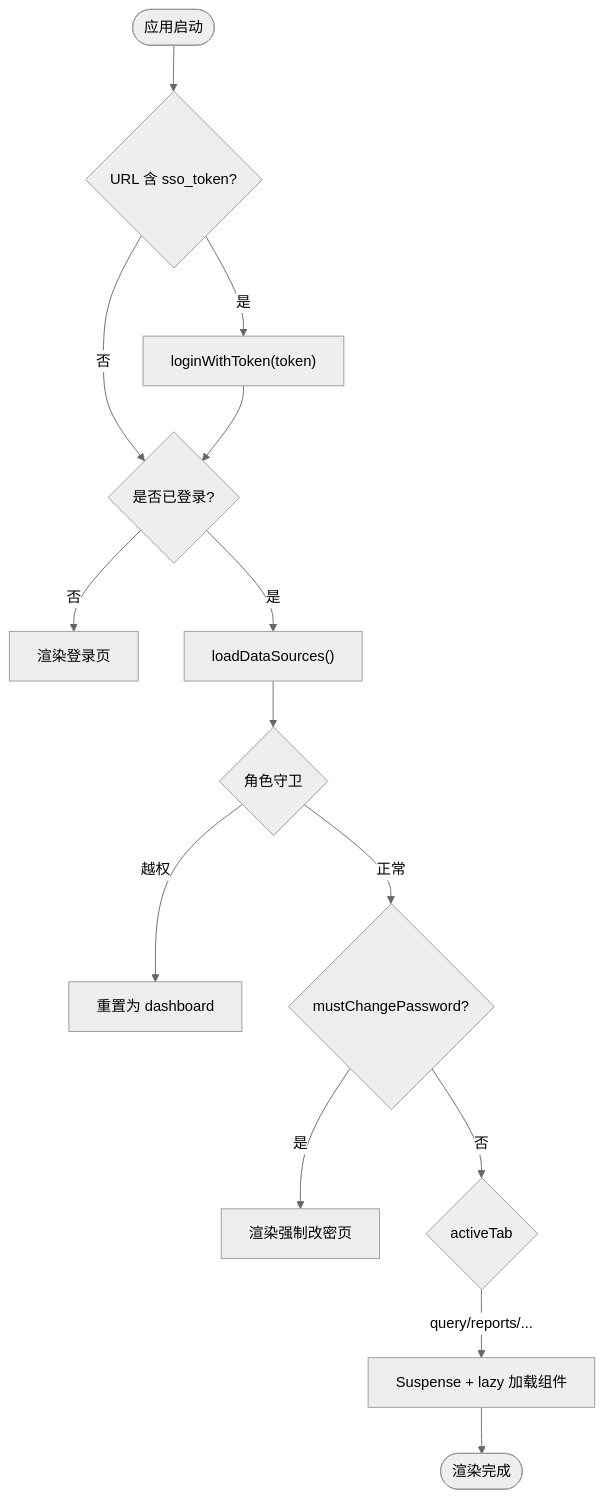
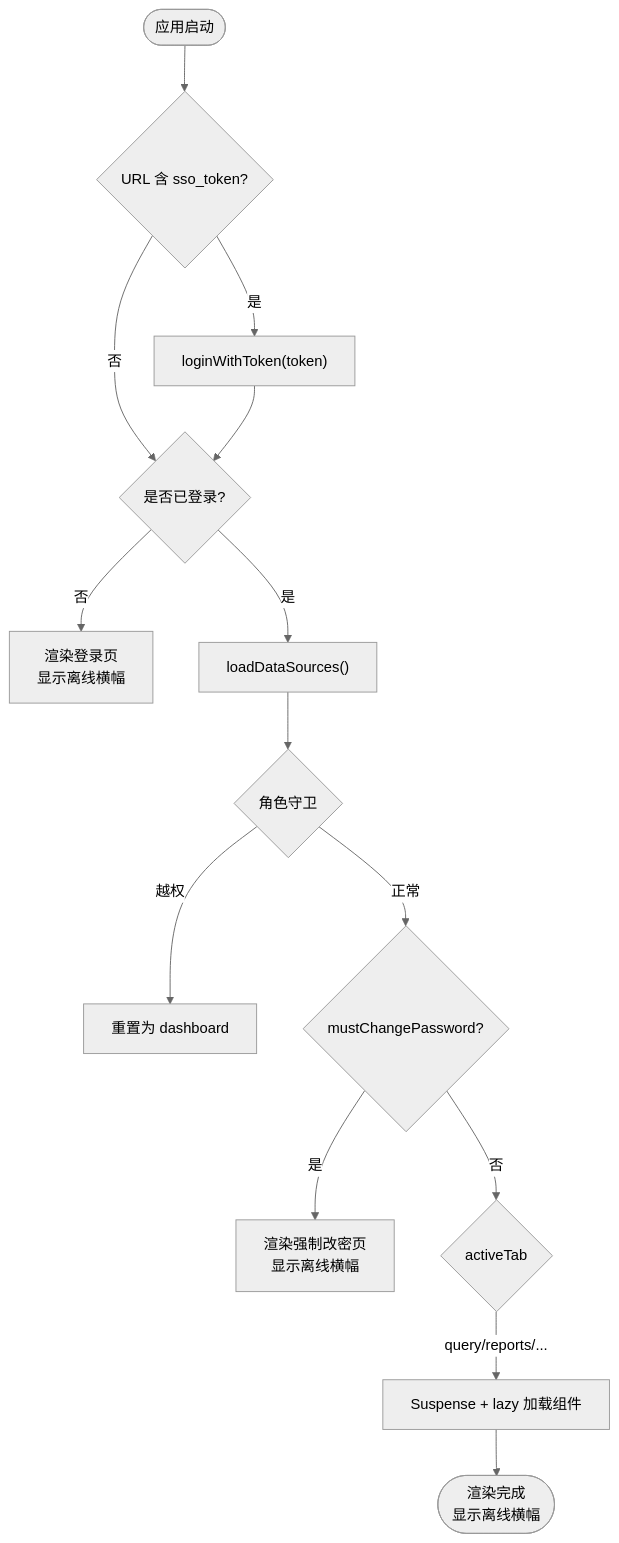
One commit to dgjin/smart-data-analytics changed the third of 15 diagrams in .qoder/repowiki/zh/content/前端应用/前端应用.md. Above: the diagram before and after it, drawn with Mermaid (neutral theme). The commit also changed other lines of this file and 146 other files, not shown here.

````diff
--- a/.qoder/repowiki/zh/content/前端应用/前端应用.md
+++ b/.qoder/repowiki/zh/content/前端应用/前端应用.md
@@ -237,16 +264,16 @@
 ```mermaid
 flowchart TD
 Start(["应用启动"]) --> CheckSSO{"URL 含 sso_token?"}
 CheckSSO -- 是 --> LoginSSO["loginWithToken(token)"]
 CheckSSO -- 否 --> CheckAuth{"是否已登录?"}
 LoginSSO --> CheckAuth
-CheckAuth -- 否 --> ShowLogin["渲染登录页"]
+CheckAuth -- 否 --> ShowLogin["渲染登录页<br/>显示离线横幅"]
 CheckAuth -- 是 --> LoadDS["loadDataSources()"]
 LoadDS --> Guard{"角色守卫"}
 Guard --> |越权| Redirect["重置为 dashboard"]
 Guard --> |正常| Render{"mustChangePassword?"}
-Render -- 是 --> ForceChange["渲染强制改密页"]
+Render -- 是 --> ForceChange["渲染强制改密页<br/>显示离线横幅"]
 Render -- 否 --> SwitchTab{"activeTab"}
 SwitchTab --> |query/reports/...| LazyLoad["Suspense + lazy 加载组件"]
-LazyLoad --> End(["渲染完成"])
+LazyLoad --> End(["渲染完成<br/>显示离线横幅"])
 ```
````
